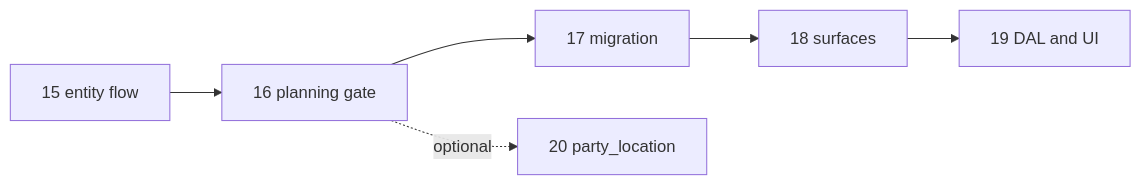
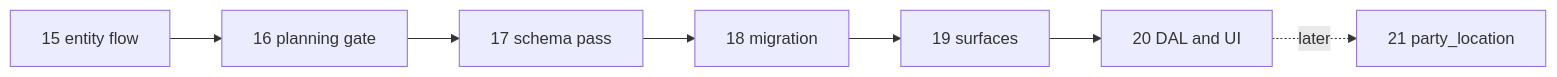
Before and after one commit to rebischoff/latch: the second of 2 diagrams in apps/subhub/docs/tasks/01-task-index.md, drawn with Mermaid. The commit also changed other lines of this file and 15 other files, not shown here.

First line of the commit message:
Update SubHub documentation for schema design and site migration tasks

````diff
--- a/apps/subhub/docs/tasks/01-task-index.md
+++ b/apps/subhub/docs/tasks/01-task-index.md
@@ -94,8 +104,9 @@
 ```mermaid
 flowchart LR
   t15[15 entity flow] --> t16[16 planning gate]
-  t16 --> t17[17 migration]
-  t17 --> t18[18 surfaces]
-  t18 --> t19[19 DAL and UI]
-  t16 -.->|optional| t20[20 party_location]
+  t16 --> t17[17 schema pass]
+  t17 --> t18[18 migration]
+  t18 --> t19[19 surfaces]
+  t19 --> t20[20 DAL and UI]
+  t20 -.->|later| t21[21 party_location]
 ```
````
